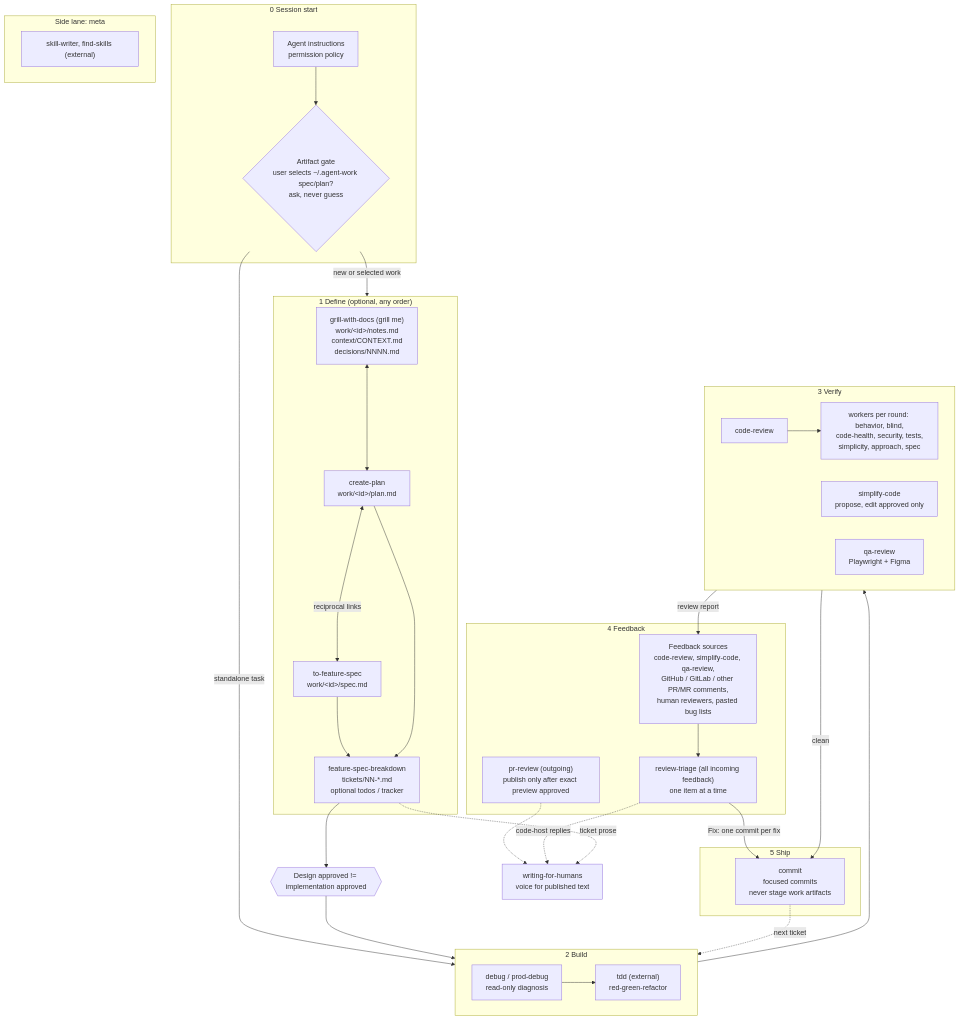
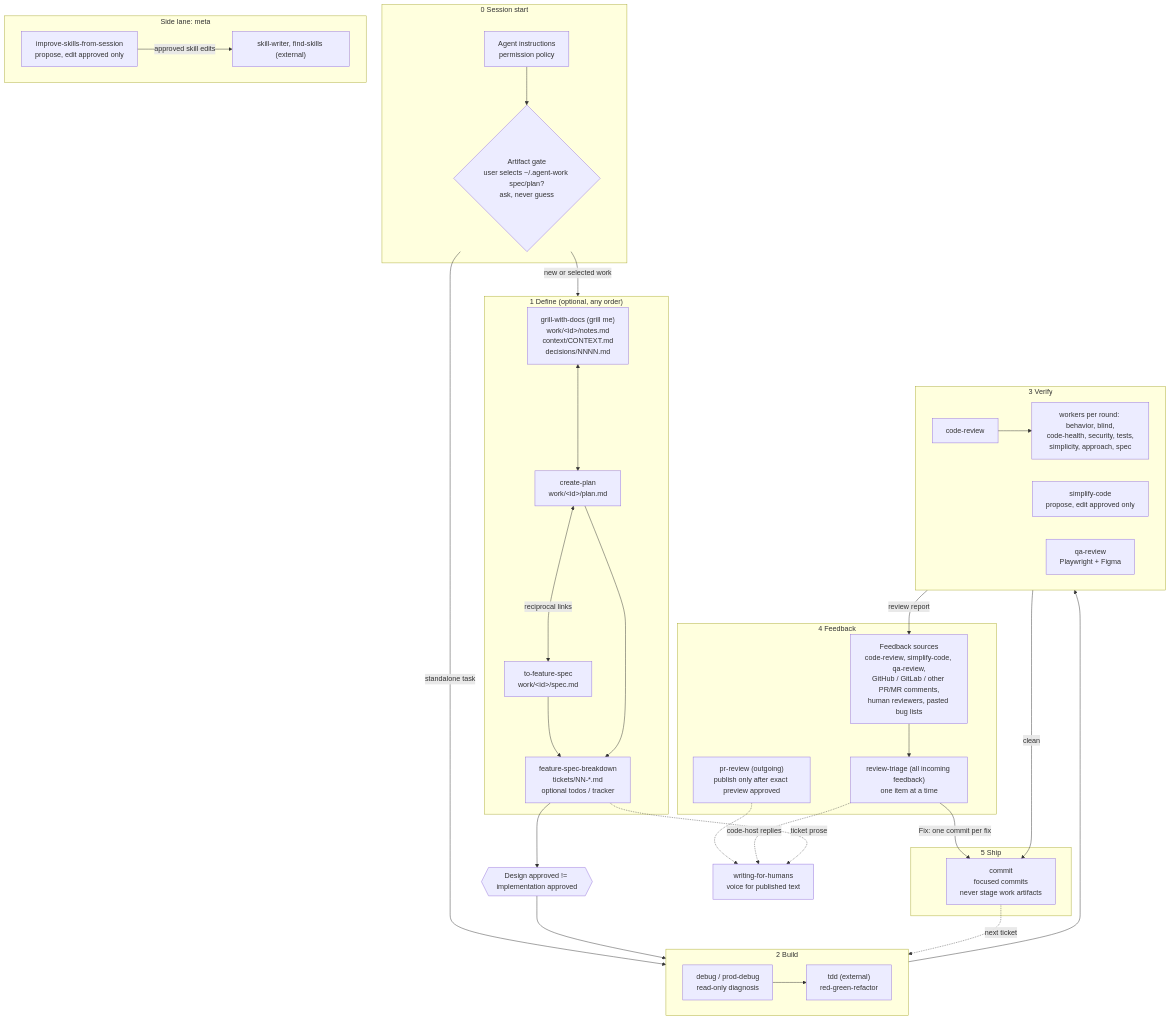
Before and after one commit to drosam/agents: the diagram in README.md, drawn with Mermaid. The commit also changed other lines of this file and 4 other files, not shown here.

Commit message:
Add improve-skills-from-session skill

````diff
--- a/README.md
+++ b/README.md
@@ -14,64 +14,66 @@
 ```mermaid
 flowchart TD
     subgraph S0["0 Session start"]
         rules["Agent instructions<br/>permission policy"]
         gate{"Artifact gate<br/>user selects ~/.agent-work spec/plan?<br/>ask, never guess"}
         rules --> gate
     end
 
     subgraph S1["1 Define (optional, any order)"]
         grill["grill-with-docs (grill me)<br/>work/&lt;id&gt;/notes.md<br/>context/CONTEXT.md<br/>decisions/NNNN.md"]
         plan["create-plan<br/>work/&lt;id&gt;/plan.md"]
         spec["to-feature-spec<br/>work/&lt;id&gt;/spec.md"]
         breakdown["feature-spec-breakdown<br/>tickets/NN-*.md<br/>optional todos / tracker"]
         grill <--> plan
         plan <-->|reciprocal links| spec
         spec --> breakdown
         plan --> breakdown
     end
 
     approve{{"Design approved != implementation approved"}}
 
     subgraph S2["2 Build"]
         tdd["tdd (external)<br/>red-green-refactor"]
         debug["debug / prod-debug<br/>read-only diagnosis"]
     end
 
     subgraph S3["3 Verify"]
         review["code-review"]
         workers["workers per round: behavior, blind,<br/>code-health, security, tests,<br/>simplicity, approach, spec"]
         simplify["simplify-code<br/>propose, edit approved only"]
         qa["qa-review<br/>Playwright + Figma"]
         review --> workers
     end
 
     subgraph S4["4 Feedback"]
         triage["review-triage (all incoming feedback)<br/>one item at a time"]
         sources["Feedback sources<br/>code-review, simplify-code, qa-review,<br/>GitHub / GitLab / other PR/MR comments,<br/>human reviewers, pasted bug lists"]
         sources --> triage
         prr["pr-review (outgoing)<br/>publish only after exact preview approved"]
     end
 
     subgraph S5["5 Ship"]
         commit["commit<br/>focused commits<br/>never stage work artifacts"]
     end
 
     subgraph META["Side lane: meta"]
+        improve["improve-skills-from-session<br/>propose, edit approved only"]
         meta["skill-writer, find-skills (external)"]
+        improve -->|approved skill edits| meta
     end
 
     voice["writing-for-humans<br/>voice for published text"]
     prr -.-> voice
     triage -.->|code-host replies| voice
     breakdown -.->|ticket prose| voice
 
     gate -->|new or selected work| S1
     gate -->|standalone task| S2
     breakdown --> approve --> S2
     debug --> tdd
     S2 --> S3
     S3 -->|review report| sources
     triage -->|Fix: one commit per fix| commit
     S3 -->|clean| commit
     commit -.->|next ticket| S2
 ```
````
